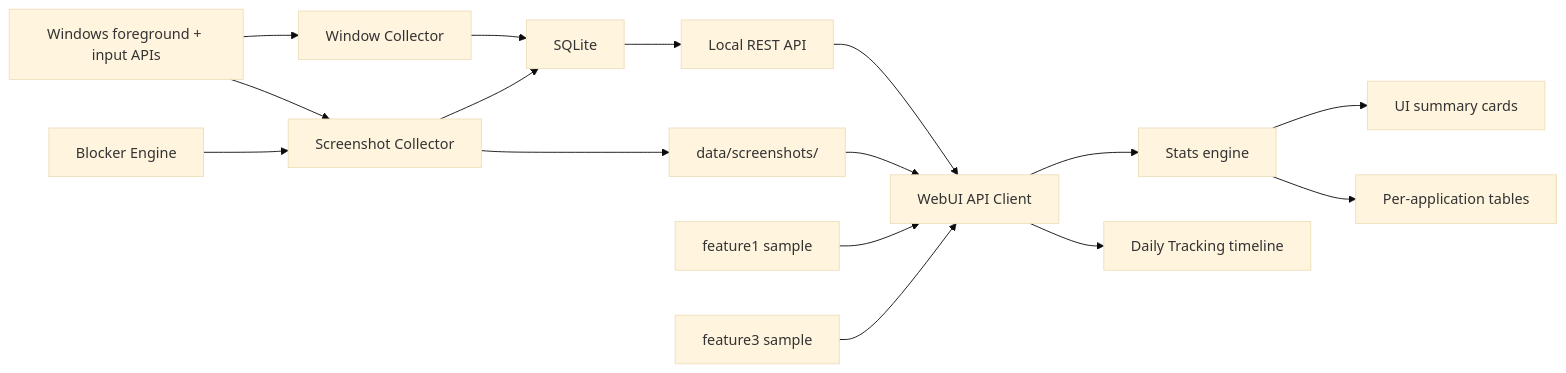
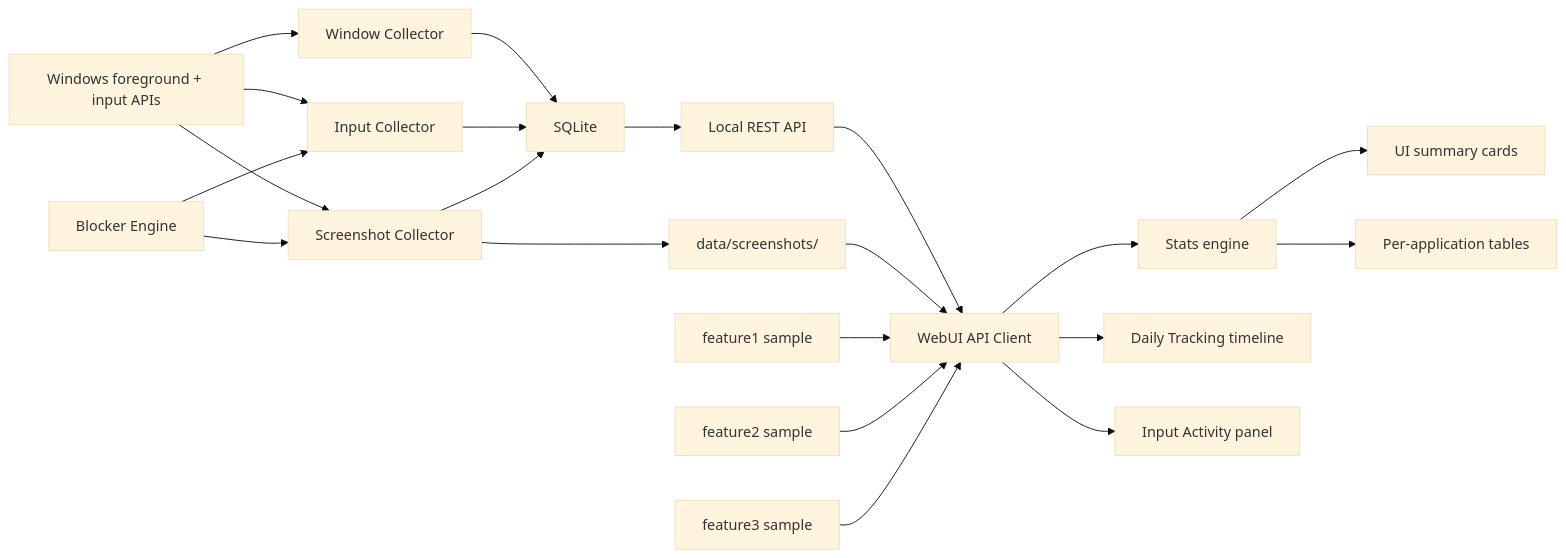
Before and after one commit to wenlei0603/time-state-recorder: the diagram in docs/infra.md, drawn with Mermaid (base theme). The commit also changed other lines of this file and 1 other file, not shown here.

First line of the commit message:
docs: add Feature 2 keyboard input tracker to README and infra docs

````diff
--- a/docs/infra.md
+++ b/docs/infra.md
@@ -9,18 +9,23 @@
 ```mermaid
 flowchart LR
     OS["Windows foreground + input APIs"] --> WinCollector["Window Collector"]
+    OS --> InputCollector["Input Collector"]
     OS --> SSCollector["Screenshot Collector"]
     WinCollector --> Storage["SQLite"]
+    InputCollector --> Storage
     SSCollector --> Storage
     SSCollector --> Files["data/screenshots/"]
-    Blocker["Blocker Engine"] --> SSCollector
+    Blocker["Blocker Engine"] --> InputCollector
+    Blocker --> SSCollector
     Storage --> API["Local REST API"]
     API --> Client["WebUI API Client"]
     Files --> Client
     Sample1["feature1 sample"] --> Client
+    Sample2["feature2 sample"] --> Client
     Sample3["feature3 sample"] --> Client
     Client --> Stats["Stats engine"]
     Client --> Timeline["Daily Tracking timeline"]
+    Client --> InputView["Input Activity panel"]
     Stats --> Cards["UI summary cards"]
     Stats --> Tables["Per-application tables"]
 ```
````
